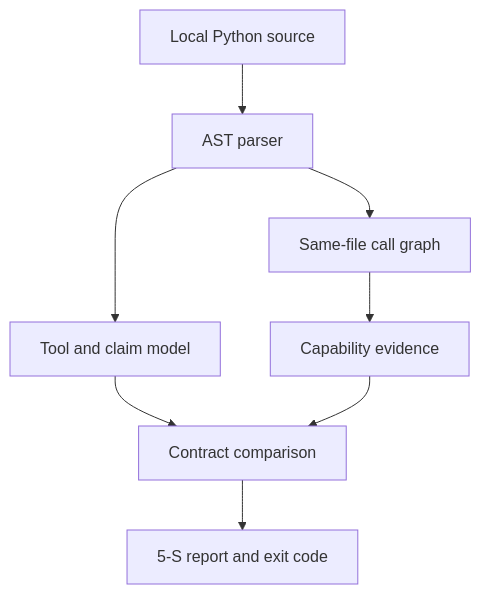
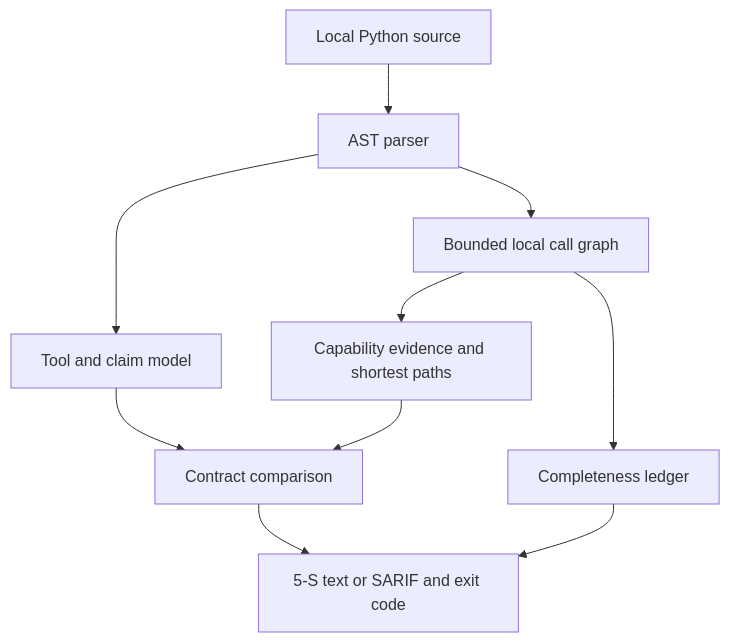
One commit to iamudayrathore/mcp-scopecheck changed the diagram in docs/architecture.md. Above: the diagram before and after it, drawn with Mermaid. The commit also changed other lines of this file and 16 other files, not shown here.

````diff
--- a/docs/architecture.md
+++ b/docs/architecture.md
@@ -13,10 +15,12 @@
 ```mermaid
 flowchart TD
     A[Local Python source] --> B[AST parser]
     B --> C[Tool and claim model]
-    B --> D[Same-file call graph]
-    D --> E[Capability evidence]
+    B --> D[Bounded local call graph]
+    D --> E[Capability evidence and shortest paths]
+    D --> H[Completeness ledger]
     C --> F[Contract comparison]
     E --> F
-    F --> G[5-S report and exit code]
+    F --> G[5-S text or SARIF and exit code]
+    H --> G
 ```
````
